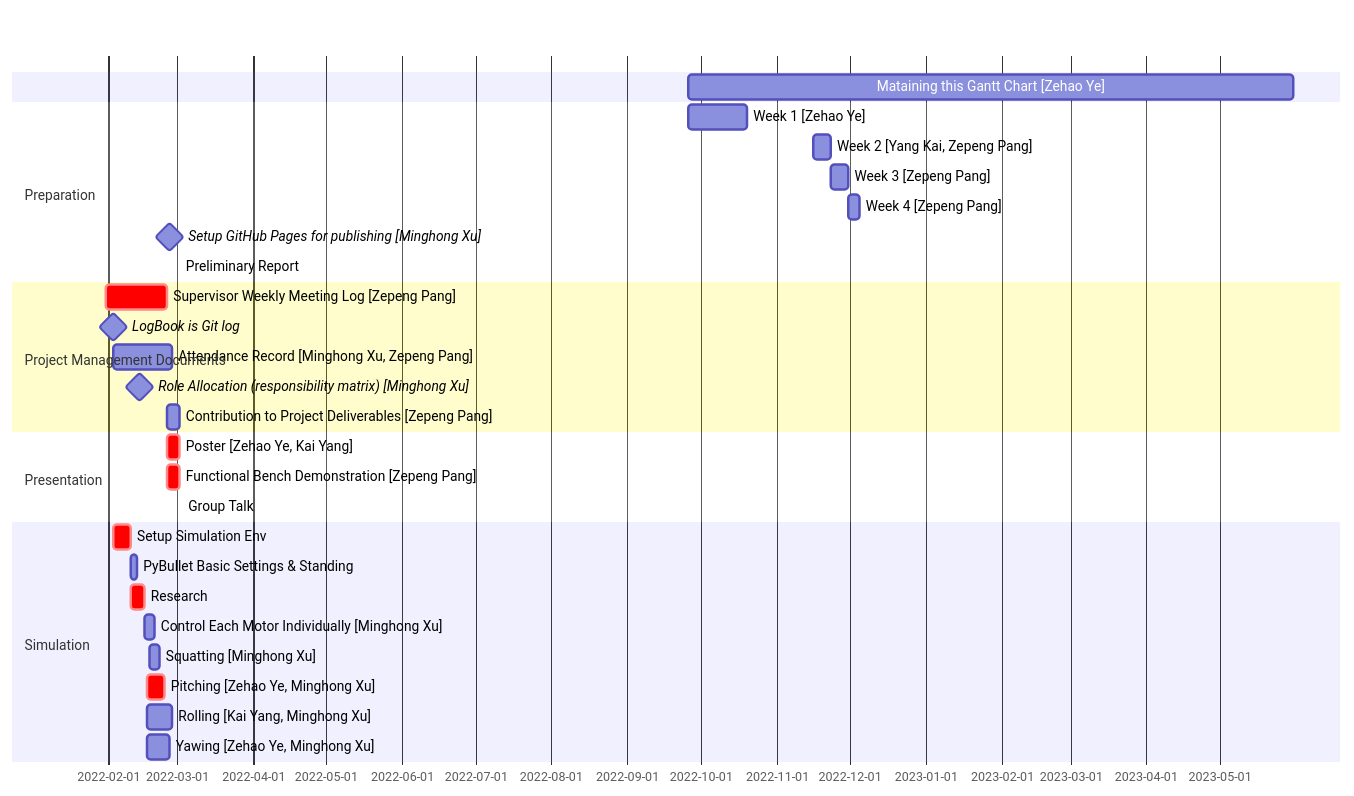
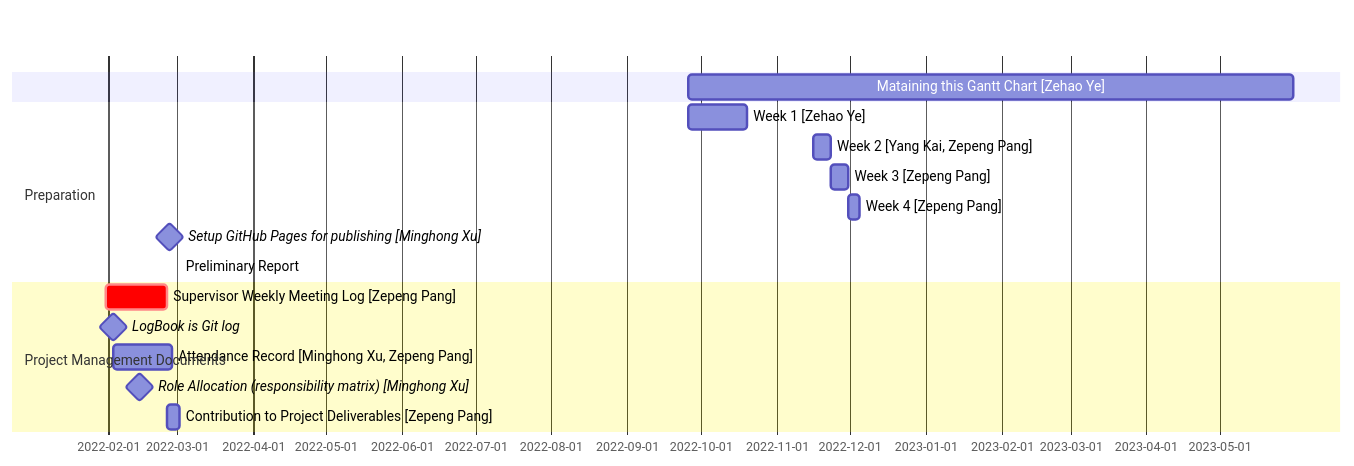
One commit to yezehao/final-year-project changed the diagram in README.md. Above: the diagram before and after it, drawn with Mermaid.

Commit message:
modify the Gannt chart

````diff
--- a/README.md
+++ b/README.md
@@ -18,37 +18,22 @@
 ```mermaid
 gantt
     dateFormat  YYYY-MM-DD
 
     Mataining this Gantt Chart [Zehao Ye] : 2022-09-26, 2023-05-31
 
     section Preparation
     Week 1 [Zehao Ye] : Literature Review based on Kalman Filter, 2022-09-26, 24d
     Week 2 [Yang Kai, Zepeng Pang] : blog2, after blog1, 7d
     Week 3 [Zepeng Pang] : blog3, after blog2, 7d
     Week 4 [Zepeng Pang] : blog4, after blog3, 5d
     Setup GitHub Pages for publishing [Minghong Xu] : milestone, 2022-02-26, 0d
     Preliminary Report : crit, after blog4, 2022-03-02
 
     section Project Management Documents
     Supervisor Weekly Meeting Log [Zepeng Pang] : crit, 2022-01-31, 2022-02-25
     LogBook is Git log: milestone, 2022-02-03, 0d
     Attendance Record [Minghong Xu, Zepeng Pang] : 2022-02-03, 2022-02-27
     Role Allocation (responsibility matrix) [Minghong Xu] : milestone, 2022-02-14, 0d
     Contribution to Project Deliverables [Zepeng Pang] : 2022-02-25, 2022-03-02
 
-    section Presentation
-    Poster [Zehao Ye, Kai Yang] : crit, 2022-02-25, 2022-03-02
-    Functional Bench Demonstration [Zepeng Pang] : crit, 2022-02-25, 2022-03-02
-    Group Talk : 2022-03-03, 8h
-
-    section Simulation
-    Setup Simulation Env : crit, setup_sim_env, 2022-02-03, 7d
-    PyBullet Basic Settings & Standing :after setup_sim_env, 3d
-    Research : crit, research, after setup_sim_env, 6d
-    Control Each Motor Individually [Minghong Xu] : after research, 2022-02-20
-    Squatting [Minghong Xu] : 2022-02-18, 2022-02-22
-    Pitching [Zehao Ye, Minghong Xu] : crit, 2022-02-17, 2022-02-24
-    Rolling [Kai Yang, Minghong Xu] : 2022-02-17, 2022-02-27
-    Yawing [Zehao Ye, Minghong Xu] : 2022-02-17, 2022-02-26
-
 ```
````
